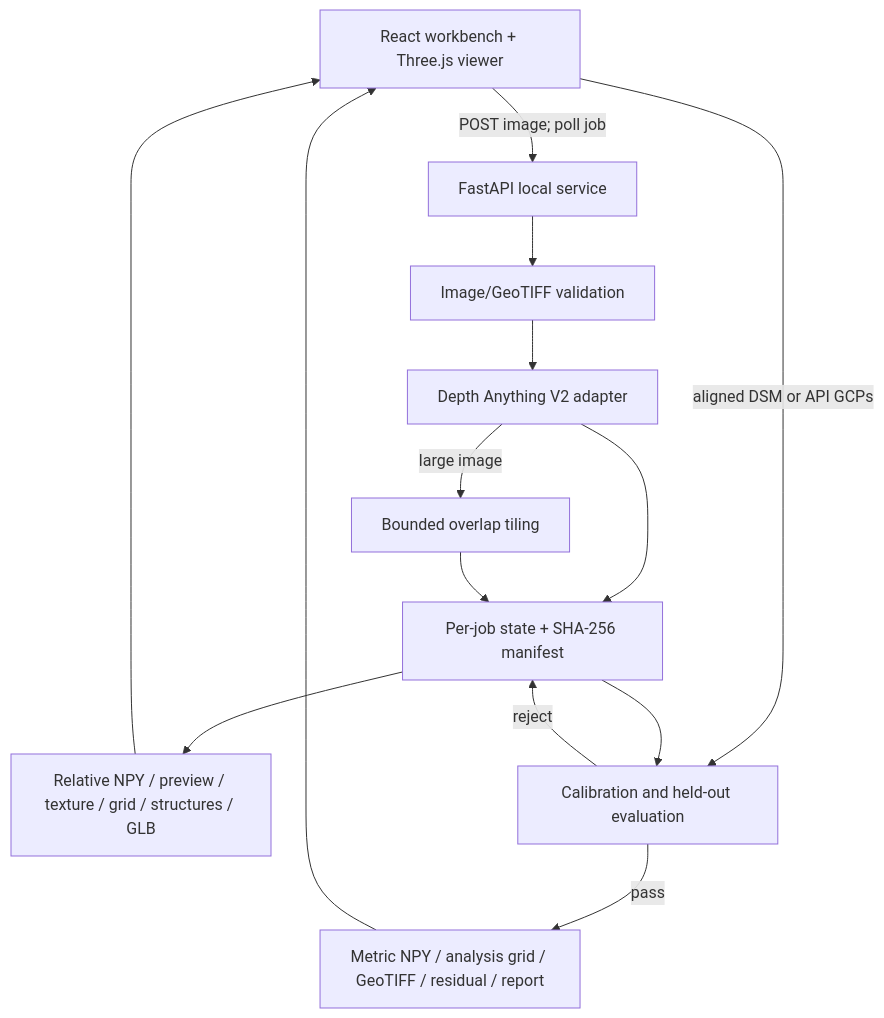
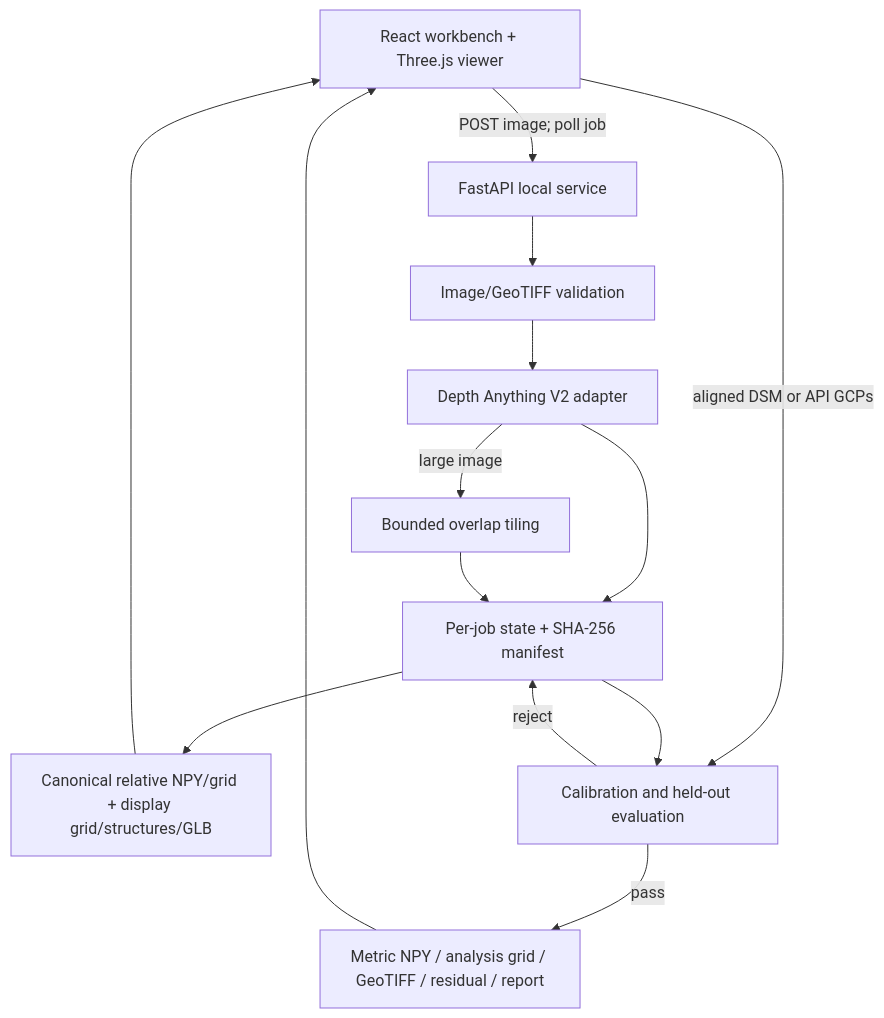
The first of 3 diagrams in docs/ARCHITECTURE.md (khansaudferoz23-cpu/TerraFly), drawn with Mermaid before and after one commit. The commit also changed other lines of this file and 19 other files, not shown here.

Commit message:
fix: clean display geometry and prevent texture drips

````diff
--- a/docs/ARCHITECTURE.md
+++ b/docs/ARCHITECTURE.md
@@ -5,23 +5,23 @@
 ```mermaid
 flowchart TB
     UI[React workbench + Three.js viewer]
     API[FastAPI local service]
     SAFE[Image/GeoTIFF validation]
     MODEL[Depth Anything V2 adapter]
     TILE[Bounded overlap tiling]
     JOB[Per-job state + SHA-256 manifest]
-    ART[Relative NPY / preview / texture / grid / structures / GLB]
+    ART[Canonical relative NPY/grid + display grid/structures/GLB]
     CAL[Calibration and held-out evaluation]
     METRIC[Metric NPY / analysis grid / GeoTIFF / residual / report]
 
     UI -->|POST image; poll job| API
     API --> SAFE --> MODEL
     MODEL -->|large image| TILE
     MODEL --> JOB
     TILE --> JOB
     JOB --> ART --> UI
     UI -->|aligned DSM or API GCPs| CAL
     JOB --> CAL
     CAL -->|reject| JOB
     CAL -->|pass| METRIC --> UI
 ```
````
